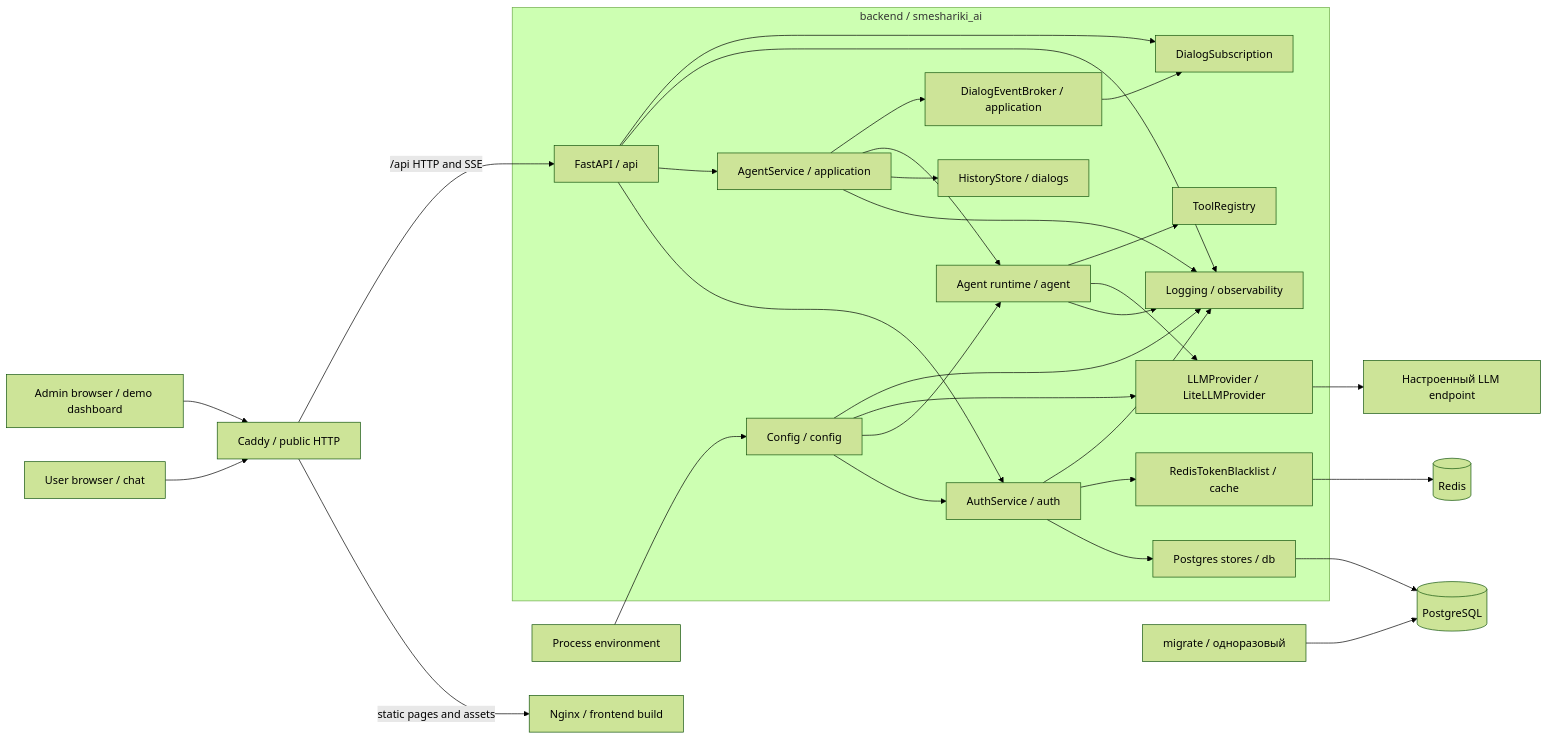
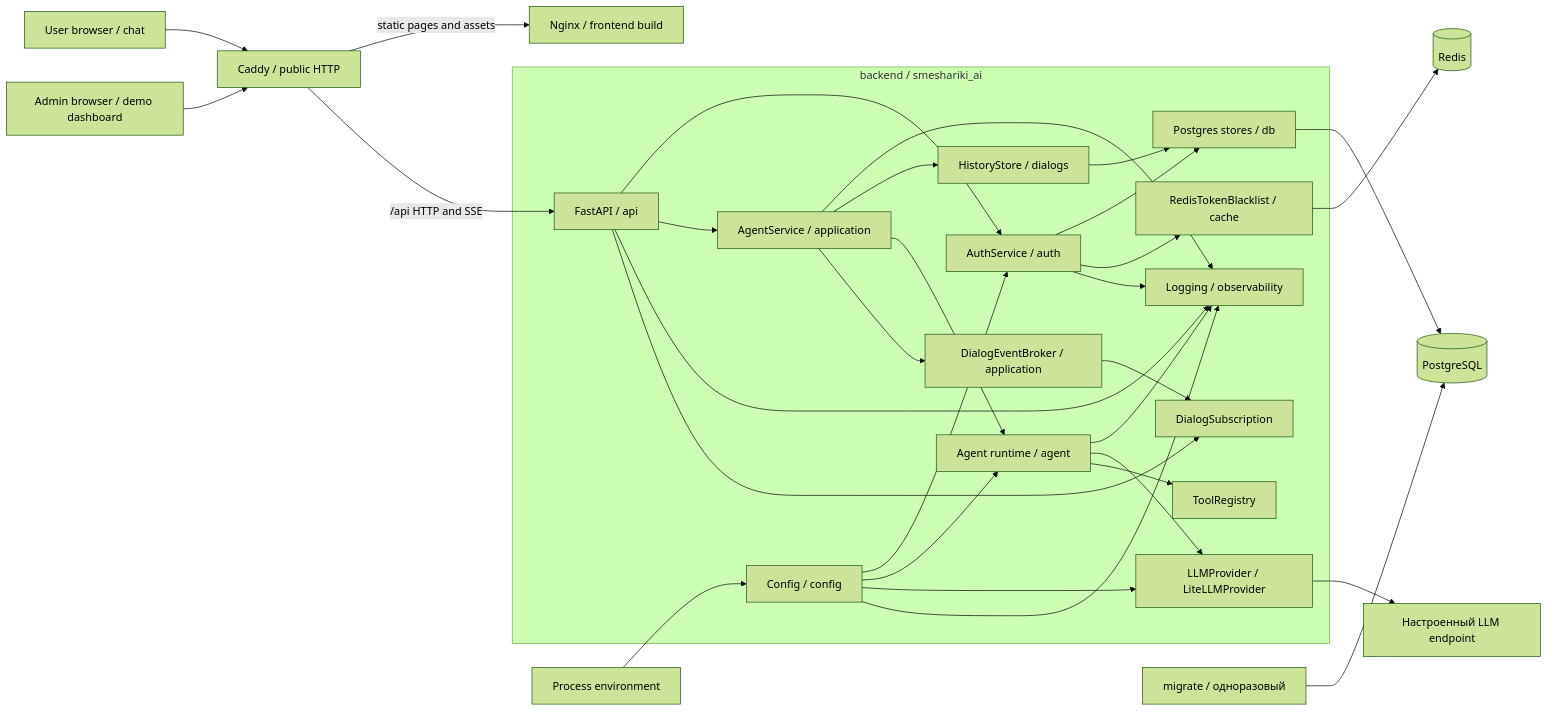
The diagram in docs/README.md (Nisakoo/BMSTU-NIRS), drawn with Mermaid (forest theme) before and after one commit. The commit also changed other lines of this file and 32 other files, not shown here.

````diff
--- a/docs/README.md
+++ b/docs/README.md
@@ -49,61 +49,62 @@
 ```mermaid
 flowchart LR
     UserBrowser[User browser / chat]
     AdminBrowser[Admin browser / demo dashboard]
 
     Caddy[Caddy / public HTTP]
     Nginx[Nginx / frontend build]
 
     subgraph Backend[backend / smeshariki_ai]
         Config[Config / config]
         Logging[Logging / observability]
         API[FastAPI / api]
         Service[AgentService / application]
         Broker[DialogEventBroker / application]
         Subscription[DialogSubscription]
         History[HistoryStore / dialogs]
         Agent[Agent runtime / agent]
         LLM[LLMProvider / LiteLLMProvider]
         Tools[ToolRegistry]
         Auth[AuthService / auth]
         DbStores[Postgres stores / db]
         Blacklist[RedisTokenBlacklist / cache]
 
         API --> Auth
         Config --> Auth
         Auth --> DbStores
         Auth --> Blacklist
         Auth --> Logging
 
         API --> Service
         Config --> Agent
         Config --> LLM
         Config --> Logging
         API --> Logging
         Service --> Logging
         Agent --> Logging
         Service --> History
+        History --> DbStores
         Service --> Agent
         Service --> Broker
         Broker --> Subscription
         API --> Subscription
         Agent --> LLM
         Agent --> Tools
     end
 
     Model[Настроенный LLM endpoint]
     Postgres[(PostgreSQL)]
     Redis[(Redis)]
     Migrate[migrate / одноразовый]
     Environment[Process environment]
 
     UserBrowser --> Caddy
     AdminBrowser --> Caddy
     Caddy -->|static pages and assets| Nginx
     Caddy -->|/api HTTP and SSE| API
     Environment --> Config
     LLM --> Model
     DbStores --> Postgres
     Blacklist --> Redis
     Migrate --> Postgres
 ```
````
